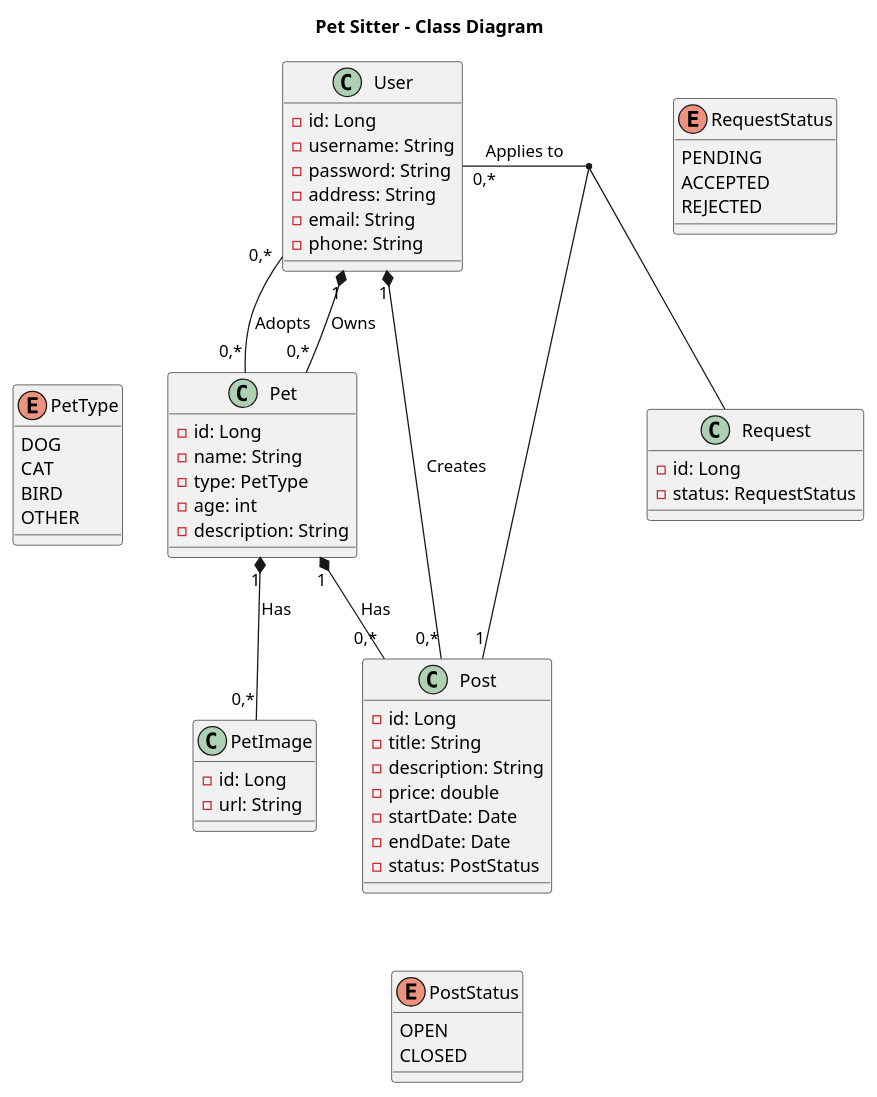
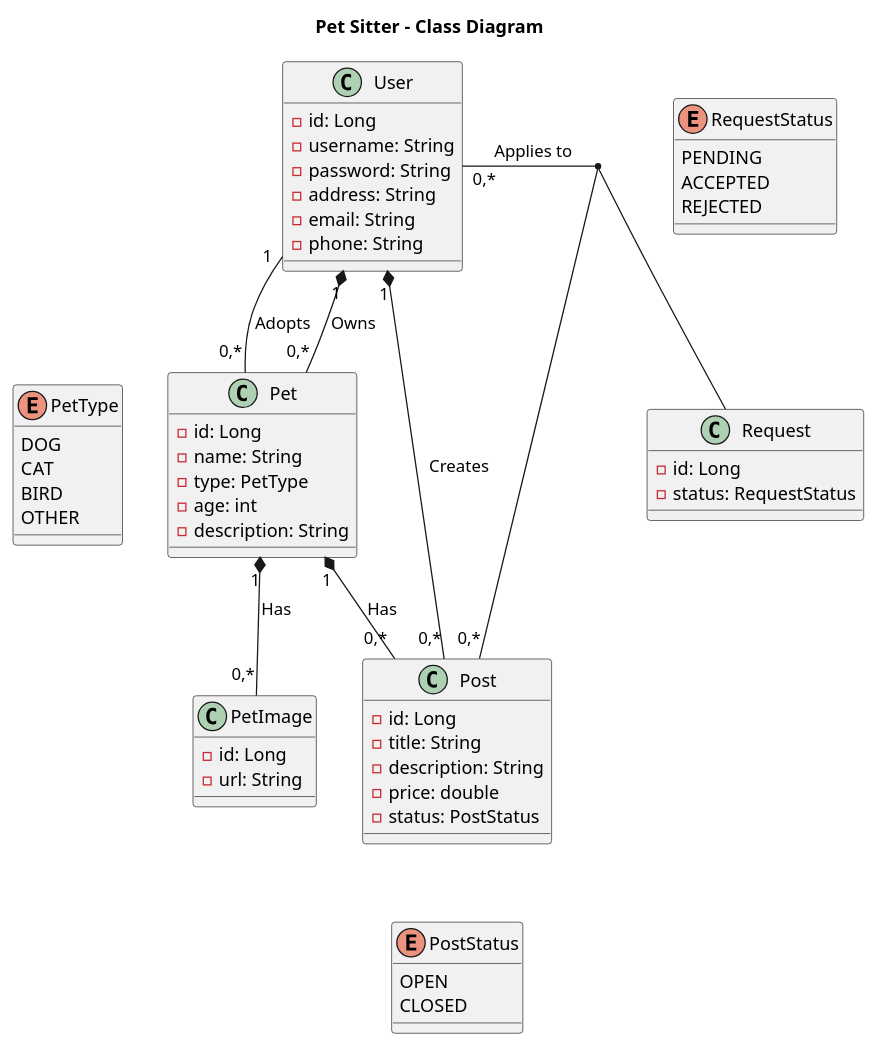
One commit to aymenBenadra/pet-sitter changed the diagram in UML Diagrams/class diagram.puml. Above: the diagram before and after it, drawn with PlantUML.

Commit message:
Updated Class diagram.

```diff
--- a/UML Diagrams/class diagram.puml
+++ b/UML Diagrams/class diagram.puml
@@ -1,72 +1,70 @@
 @startuml
 title Pet Sitter - Class Diagram
 
 class User {
     - id: Long
     - username: String
     - password: String
     - address: String
     - email: String
     - phone: String
 }
 
 class Pet {
     - id: Long
     - name: String
     - type: PetType
     - age: int
     - description: String
 }
 
 enum PetType {
     DOG
     CAT
     BIRD
     OTHER
 }
 
 class PetImage {
     - id: Long
     - url: String
 }
 
 class Post {
     - id: Long
     - title: String
     - description: String
     - price: double
-    - startDate: Date
-    - endDate: Date
     - status: PostStatus
 }
 
 enum PostStatus {
     OPEN
     CLOSED
 }
 
 class Request {
     - id: Long
     - status: RequestStatus
 }
 
 enum RequestStatus {
     PENDING
     ACCEPTED
     REJECTED
 }
 
 User "1" *-- "0,*" Post : Creates
 User "1" *-- "0,*" Pet : Owns
-User "0,*" -- "0,*" Pet : Adopts
+User "1" -- "0,*" Pet : Adopts
 
-User "1" -l- "0,*" Post : Applies to
+User "0,*" -l- "0,*" Post : "  Applies to"
 (Post, User) -l- Request
 
 Pet "1" *-- "0,*" PetImage : Has
 Pet "1" *-- "0,*" Post : Has
 
 Pet -[hidden]l- PetType
 Post -[hidden]- PostStatus
 Request -[hidden]u- RequestStatus
 @enduml
```
